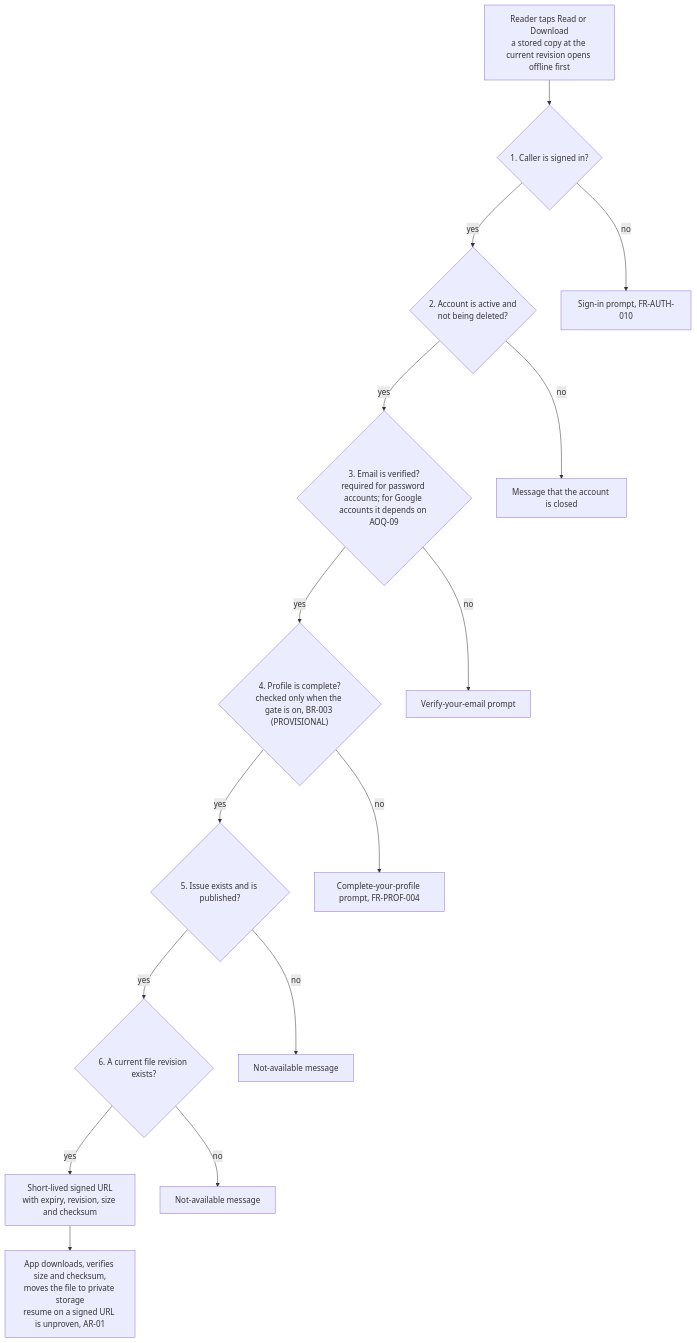
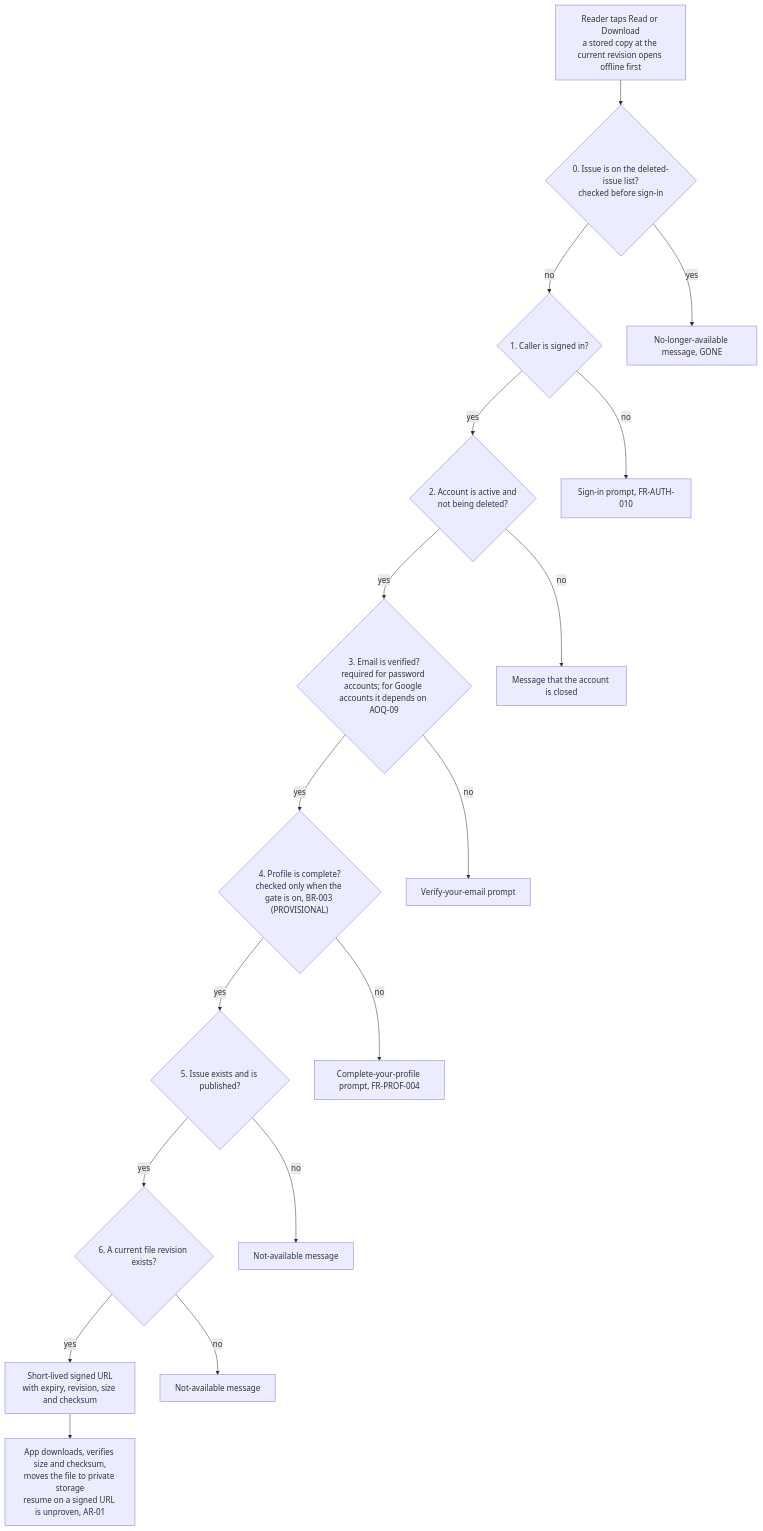
The fourth of 12 diagrams in Documentation/SYSTEM_ARCHITECTURE.md (sanikaattarde/Metal-Forming-World-MFW-), drawn with Mermaid before and after one commit. The commit also changed other lines of this file and 3 other files, not shown here.

First line of the commit message:
docs(architecture): follow the review of issue 32

````diff
--- a/Documentation/SYSTEM_ARCHITECTURE.md
+++ b/Documentation/SYSTEM_ARCHITECTURE.md
@@ -676,32 +677,36 @@
 ```mermaid
 flowchart TB
   start["Reader taps Read or Download<br/>a stored copy at the current revision opens offline first"]
+  c0{"0. Issue is on the deleted-issue list?<br/>checked before sign-in"}
   c1{"1. Caller is signed in?"}
   c2{"2. Account is active and<br/>not being deleted?"}
   c3{"3. Email is verified?<br/>required for password accounts; for Google accounts it depends on AOQ-09"}
   c4{"4. Profile is complete?<br/>checked only when the gate is on, BR-003 (PROVISIONAL)"}
   c5{"5. Issue exists and is published?"}
   c6{"6. A current file revision exists?"}
   url["Short-lived signed URL<br/>with expiry, revision, size and checksum"]
   dl["App downloads, verifies size and checksum,<br/>moves the file to private storage<br/>resume on a signed URL is unproven, AR-01"]
+  f0["No-longer-available message, GONE"]
   f1["Sign-in prompt, FR-AUTH-010"]
   f2["Message that the account is closed"]
   f3["Verify-your-email prompt"]
   f4["Complete-your-profile prompt, FR-PROF-004"]
   f5["Not-available message"]
   f6["Not-available message"]
-  start --> c1
+  start --> c0
+  c0 -->|no| c1
+  c0 -->|yes| f0
   c1 -->|yes| c2
   c2 -->|yes| c3
   c3 -->|yes| c4
   c4 -->|yes| c5
   c5 -->|yes| c6
   c6 -->|yes| url
   url --> dl
   c1 -->|no| f1
   c2 -->|no| f2
   c3 -->|no| f3
   c4 -->|no| f4
   c5 -->|no| f5
   c6 -->|no| f6
 ```
````
